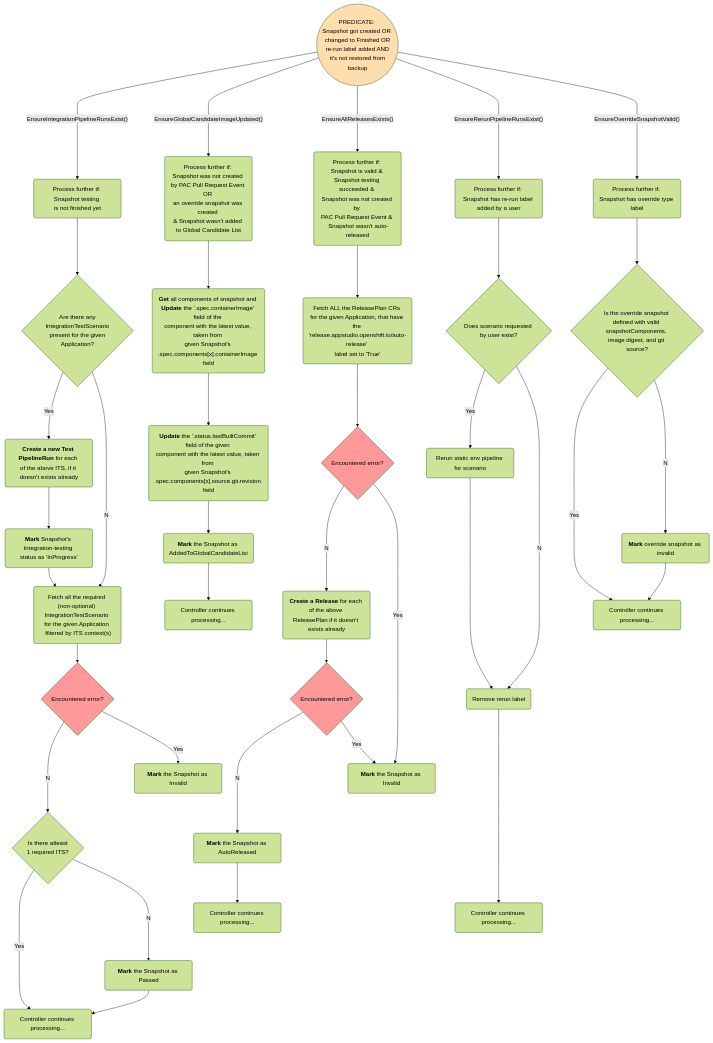
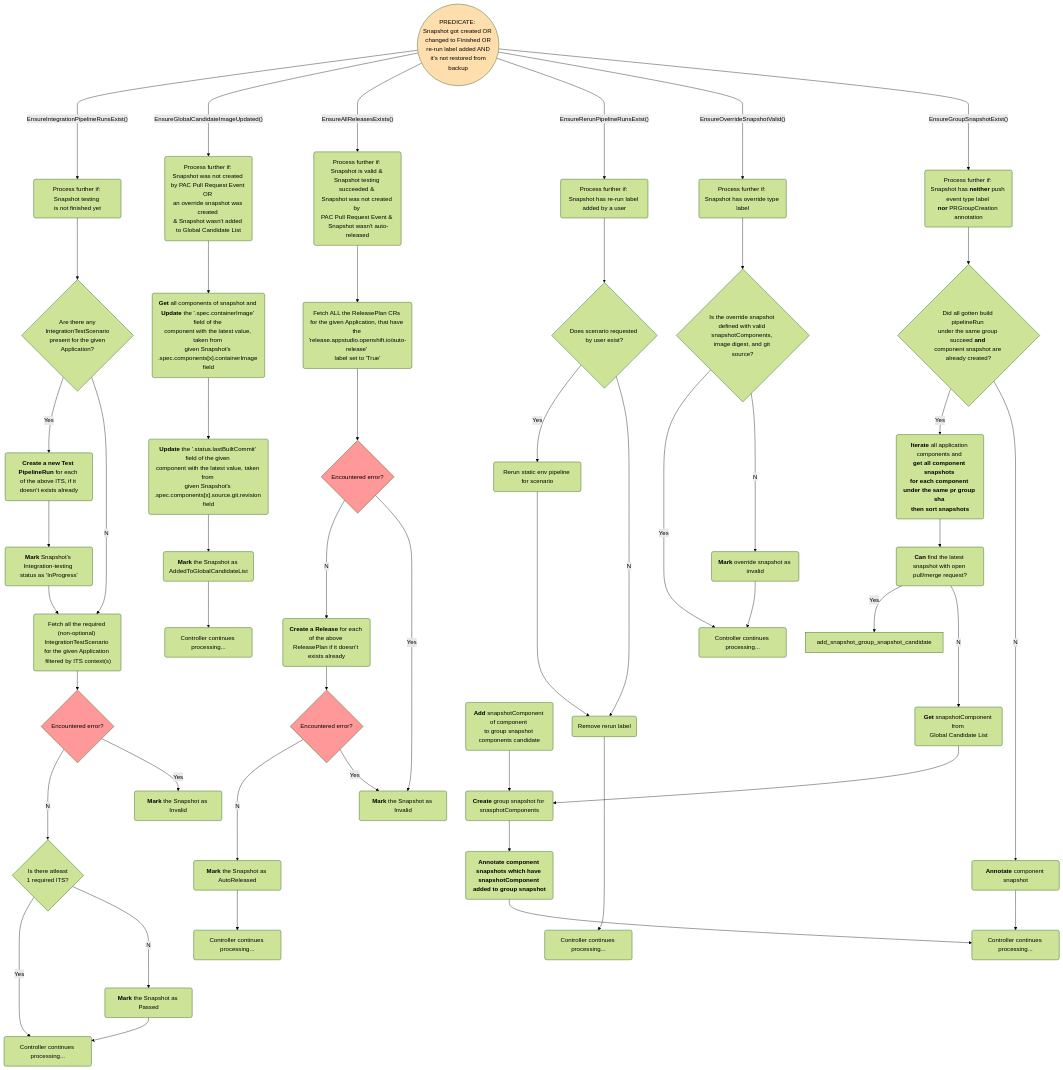
One commit to konflux-ci/integration-service changed the diagram in docs/snapshot-controller.md. Above: the diagram before and after it, drawn with Mermaid. The commit also changed 18 other files, not shown here.

First line of the commit message:
feat(STONEINTG-998): support group snapshot

```diff
--- a/docs/snapshot-controller.md
+++ b/docs/snapshot-controller.md
@@ -114,6 +114,34 @@
   mark_snapshot_invalid           -->      continue_processing4
 
 
+  %%%%%%%%%%%%%%%%%%%%%%% Drawing EnsureGroupSnapshotExist() function
+
+  %% Node definitions
+  ensure5(Process further if: Snapshot has <b>neither</b> push event type label <br><b>nor</b> PRGroupCreation annotation)
+  validate_build_pipelinerun{Did all gotten build pipelineRun <br>under the same group <br>succeed <b>and</b> <br>component snapshot are already created?}
+  annotate_component_snapshot(<b>Annotate</b> component snapshot)
+  get_component_snapshots_and_sort(<b>Iterate</b> all application components and <br><b>get<b/> all component snapshots <br>for each component under the same pr group sha <br>then <b>sort</b> snapshots)
+  can_find_snapshotComponent_from_latest_snapshot(<b>Can</b> find the latest snapshot with open pull/merge request?)
+  add_snapshot_to_group_snapshot_candidate(<b>Add</b> snapshotComponent of component <br>to group snapshot components candidate)
+  get_snapshotComponent_from_gcl(<b>Get</b> snapshotComponent from <br>Global Candidate List)
+  create_group_snapshot(<b>Create</b> group snapshot for snasphotComponents)
+  annotate_component_snapshots_under_prgroupsha(<b>Annotate<b> component snapshots which <b>have</b> <br>snapshotComponent added to group snapshot)
+  continue_processing5(Controller continues processing...)
+
+  %% Node connections
+  predicate                              ---->    |"EnsureGroupSnapshotExist()"|ensure5
+  ensure5                                -->      validate_build_pipelinerun
+  validate_build_pipelinerun             --Yes--> get_component_snapshots_and_sort
+  validate_build_pipelinerun             --No-->  annotate_component_snapshot
+  get_component_snapshots_and_sort       -->      can_find_snapshotComponent_from_latest_snapshot
+  can_find_snapshotComponent_from_latest_snapshot  --Yes--> add_snapshot_group_snapshot_candidate
+  can_find_snapshotComponent_from_latest_snapshot  --No-->  get_snapshotComponent_from_gcl
+  add_snapshot_to_group_snapshot_candidate   -->        create_group_snapshot
+  get_snapshotComponent_from_gcl             -->        create_group_snapshot
+  create_group_snapshot                   -->        annotate_component_snapshots_under_prgroupsha
+  annotate_component_snapshots_under_prgroupsha -->  continue_processing5
+  annotate_component_snapshot                   -->  continue_processing5
+
   %% Assigning styles to nodes
   class predicate Amber;
   class encountered_error1,encountered_error31,encountered_error32,encountered_error5 Red;
```
